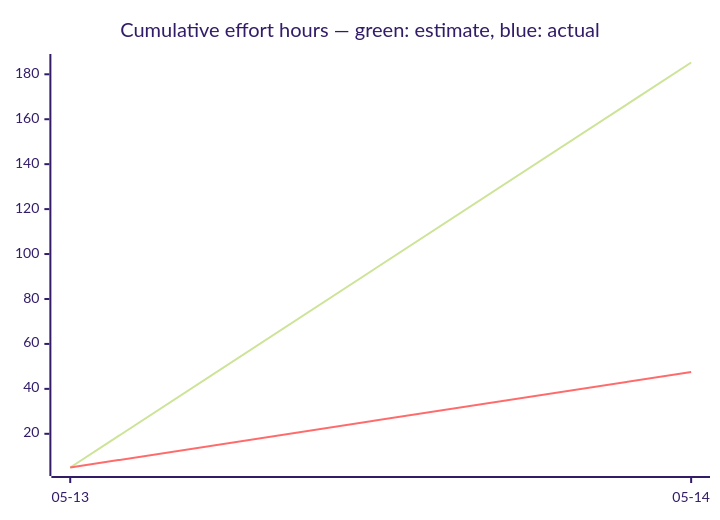
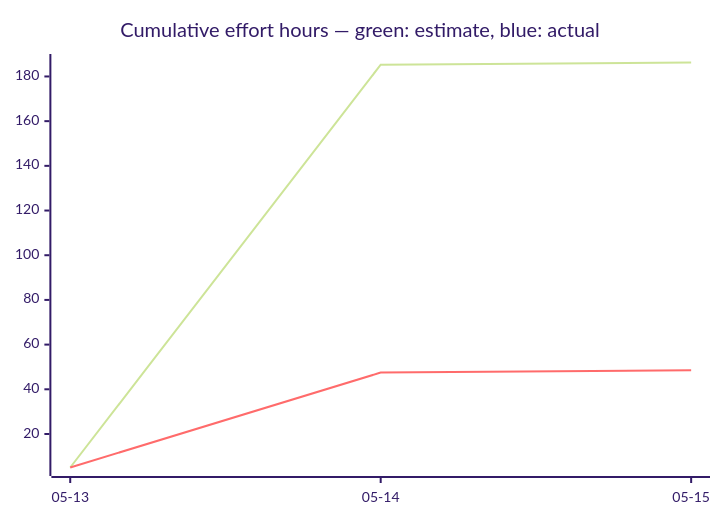
One commit to tgd1975/CircuitSmith changed the third of 3 diagrams in docs/developers/tasks/OVERVIEW.md. Above: the diagram before and after it, drawn with Mermaid (forest theme). The commit also changed other lines of this file and 4 other files, not shown here.

````diff
--- a/docs/developers/tasks/OVERVIEW.md
+++ b/docs/developers/tasks/OVERVIEW.md
@@ -39,7 +39,7 @@
 ```mermaid
 xychart-beta
     title "Cumulative effort hours — green: estimate, blue: actual"
-    x-axis ["05-13", "05-14"]
-    line [5, 185.25]
-    line [5, 47.5]
+    x-axis ["05-13", "05-14", "05-15"]
+    line [5, 185.25, 186.25]
+    line [5, 47.5, 48.5]
 ```
````
